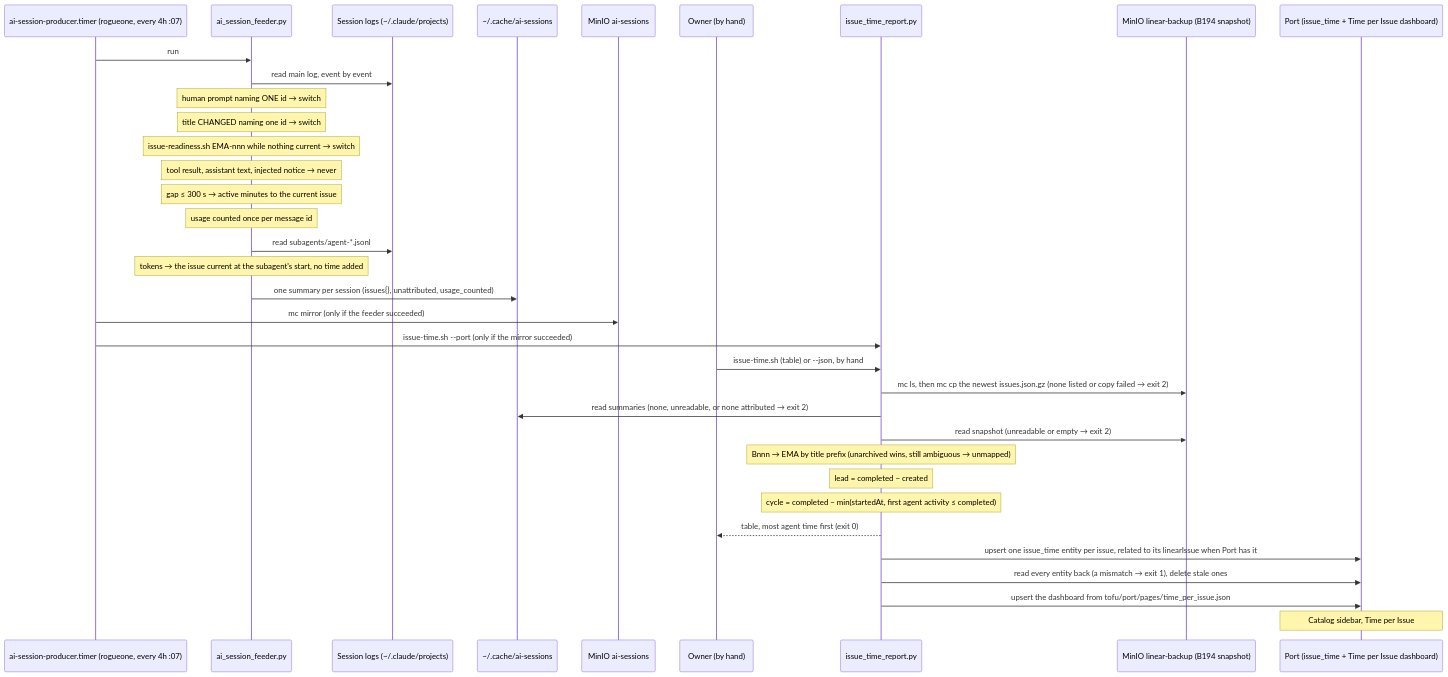
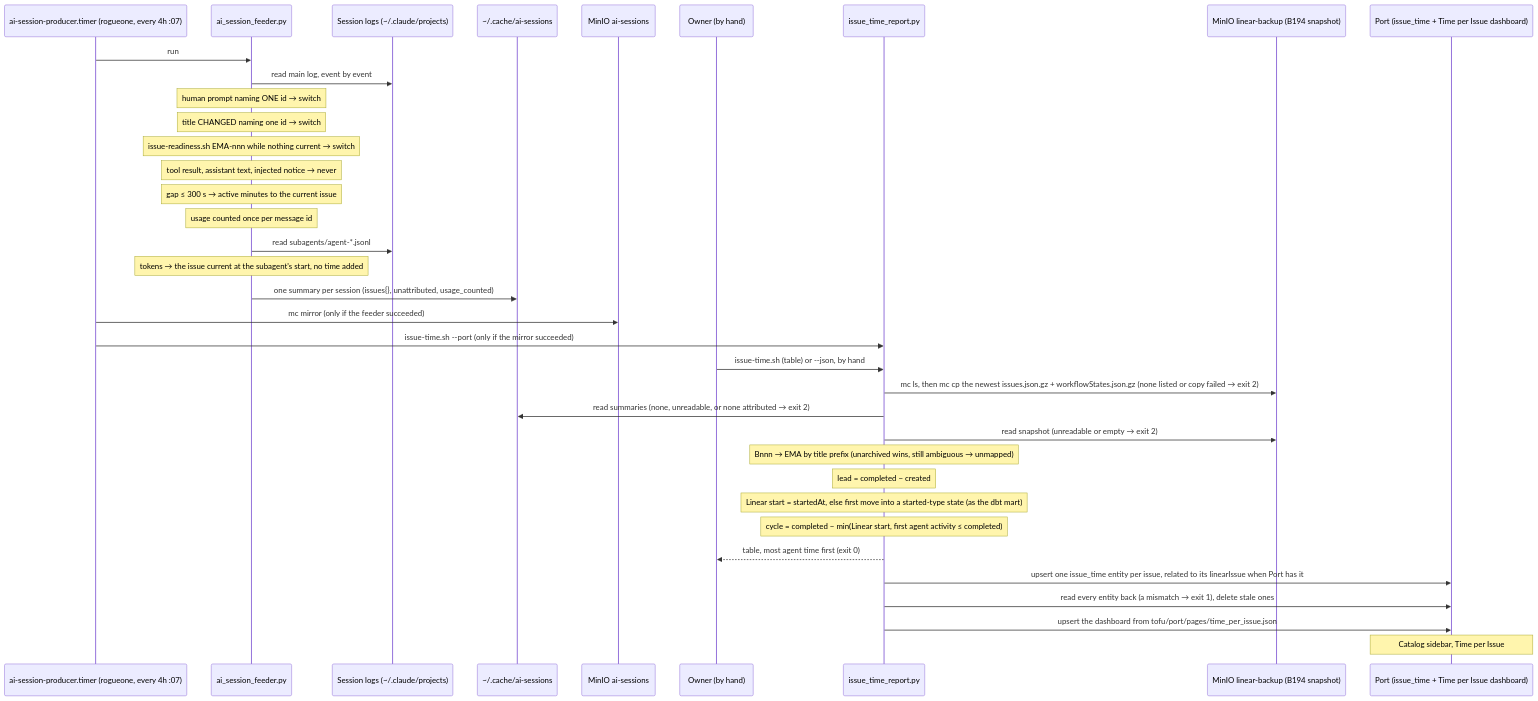
The diagram in docs/diagrams/flow-issue-time-attribution.md (edtbl76/weyland-lab), drawn with Mermaid before and after one commit. The commit also changed 18 other files, not shown here.

````diff
--- a/docs/diagrams/flow-issue-time-attribution.md
+++ b/docs/diagrams/flow-issue-time-attribution.md
@@ -9,38 +9,39 @@
 ```mermaid
 sequenceDiagram
     participant T as ai-session-producer.timer (rogueone, every 4h :07)
     participant F as ai_session_feeder.py
     participant L as Session logs (~/.claude/projects)
     participant C as ~/.cache/ai-sessions
     participant M as MinIO ai-sessions
     participant O as Owner (by hand)
     participant R as issue_time_report.py
     participant S as MinIO linear-backup (B194 snapshot)
     participant P as Port (issue_time + Time per Issue dashboard)
 
     T->>F: run
     F->>L: read main log, event by event
     Note over F: human prompt naming ONE id → switch
     Note over F: title CHANGED naming one id → switch
     Note over F: issue-readiness.sh EMA-nnn while nothing current → switch
     Note over F: tool result, assistant text, injected notice → never
     Note over F: gap ≤ 300 s → active minutes to the current issue
     Note over F: usage counted once per message id
     F->>L: read subagents/agent-*.jsonl
     Note over F: tokens → the issue current at the subagent's start, no time added
     F->>C: one summary per session (issues{}, unattributed, usage_counted)
     T->>M: mc mirror (only if the feeder succeeded)
     T->>R: issue-time.sh --port (only if the mirror succeeded)
     O->>R: issue-time.sh (table) or --json, by hand
-    R->>S: mc ls, then mc cp the newest issues.json.gz (none listed or copy failed → exit 2)
+    R->>S: mc ls, then mc cp the newest issues.json.gz + workflowStates.json.gz (none listed or copy failed → exit 2)
     R->>C: read summaries (none, unreadable, or none attributed → exit 2)
     R->>S: read snapshot (unreadable or empty → exit 2)
     Note over R: Bnnn → EMA by title prefix (unarchived wins, still ambiguous → unmapped)
     Note over R: lead = completed − created
-    Note over R: cycle = completed − min(startedAt, first agent activity ≤ completed)
+    Note over R: Linear start = startedAt, else first move into a started-type state (as the dbt mart)
+    Note over R: cycle = completed − min(Linear start, first agent activity ≤ completed)
     R-->>O: table, most agent time first (exit 0)
     R->>P: upsert one issue_time entity per issue, related to its linearIssue when Port has it
     R->>P: read every entity back (a mismatch → exit 1), delete stale ones
     R->>P: upsert the dashboard from tofu/port/pages/time_per_issue.json
     Note over P: Catalog sidebar, Time per Issue
 ```
````
